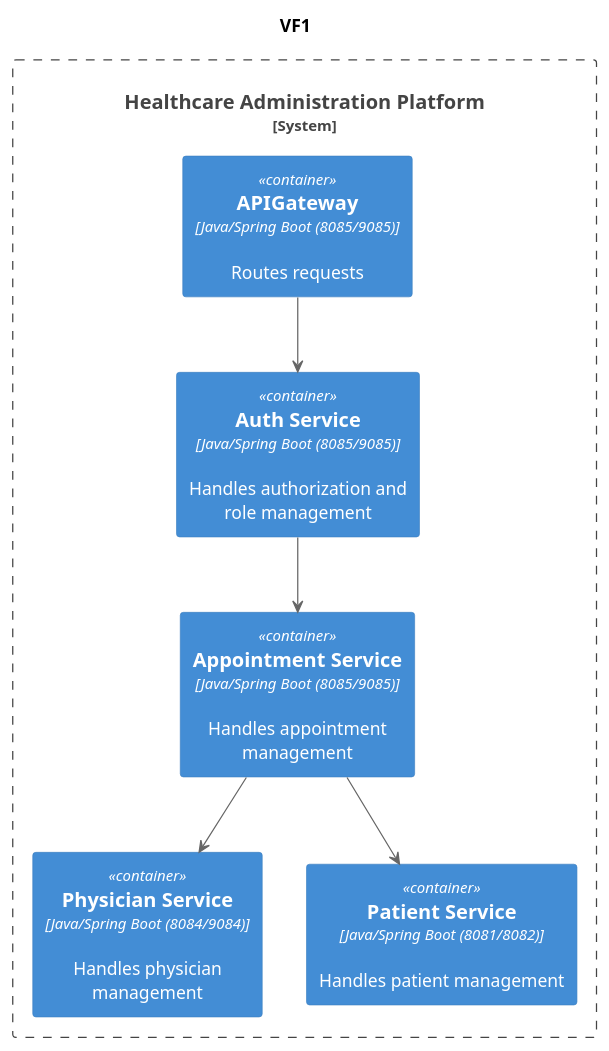
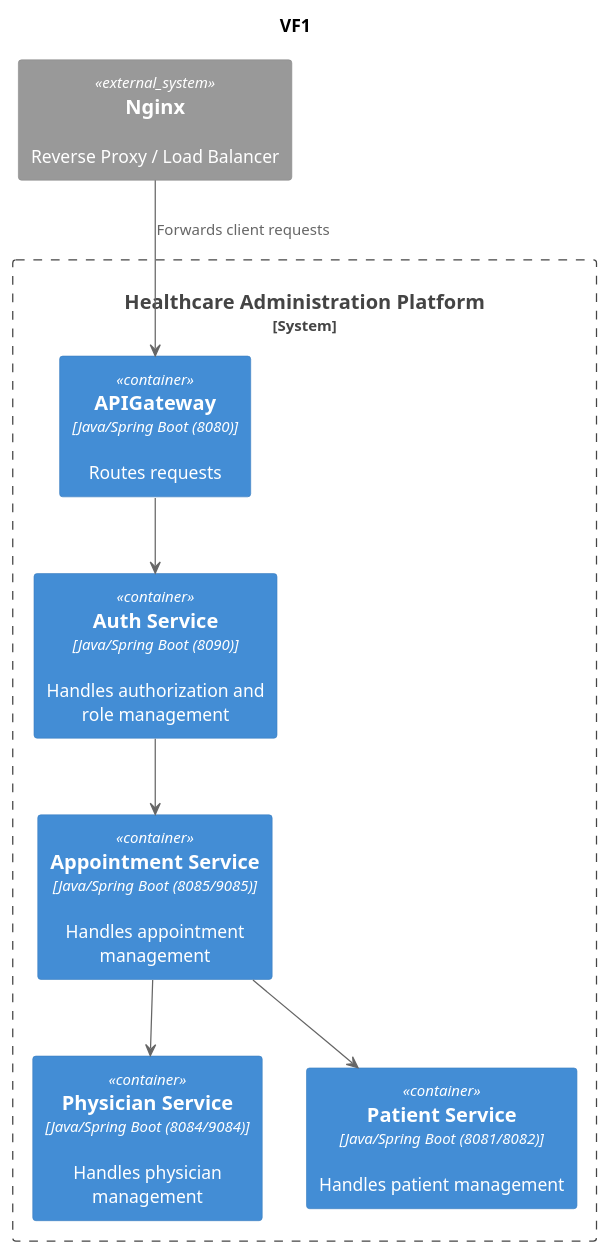
One commit to 1211104/PROJ_SIDIS2025 changed the diagram in docs/iteração2/Vista Física/VF1.puml. Above: the diagram before and after it, drawn with PlantUML. The commit also changed 7 other files, not shown here.

```diff
--- a/docs/iteração2/Vista Física/VF1.puml
+++ b/docs/iteração2/Vista Física/VF1.puml
@@ -1,24 +1,26 @@
 @startuml
 title VF1
 
 !include https://raw.githubusercontent.com/plantuml-stdlib/C4-PlantUML/master/C4_Container.puml
 
 skinparam shadowing false
 
+System_Ext(nginx, "Nginx", "Reverse Proxy / Load Balancer")
+
 System_Boundary(hap, "Healthcare Administration Platform") {
 
   Container(physiciansService, "Physician Service", "Java/Spring Boot (8084/9084)", "Handles physician management")
   Container(patientsService, "Patient Service", "Java/Spring Boot (8081/8082)", "Handles patient management")
   Container(appointmentService, "Appointment Service", "Java/Spring Boot (8085/9085)", "Handles appointment management")
-  Container(apigateway, "APIGateway", "Java/Spring Boot (8085/9085)", "Routes requests")
-  Container(authService, "Auth Service", "Java/Spring Boot (8085/9085)", "Handles authorization and role management")
+  Container(apigateway, "APIGateway", "Java/Spring Boot (8080)", "Routes requests")
+  Container(authService, "Auth Service", "Java/Spring Boot (8090)", "Handles authorization and role management")
 
 }
 
-
+nginx --> apigateway : Forwards client requests
 appointmentService --> physiciansService
 appointmentService --> patientsService
 apigateway --> authService
 authService --> appointmentService
 
 @enduml
```
